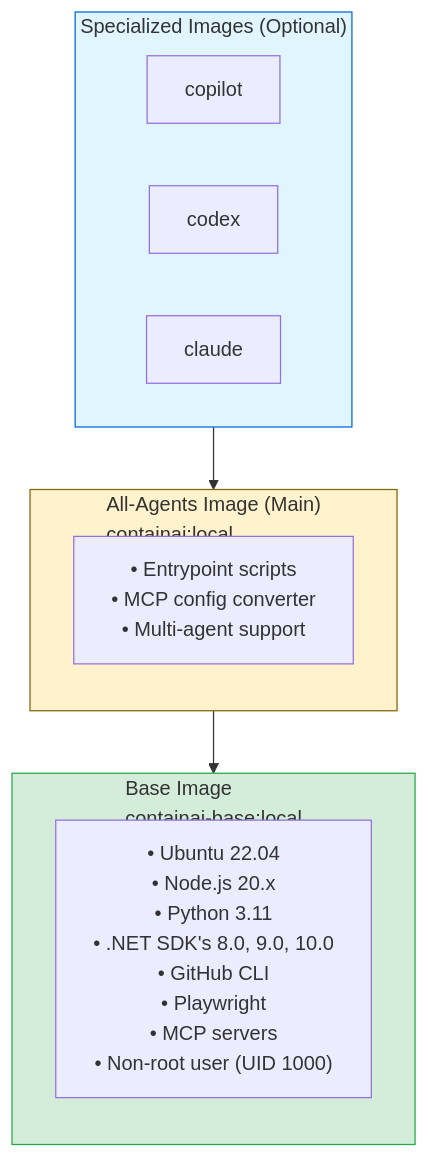
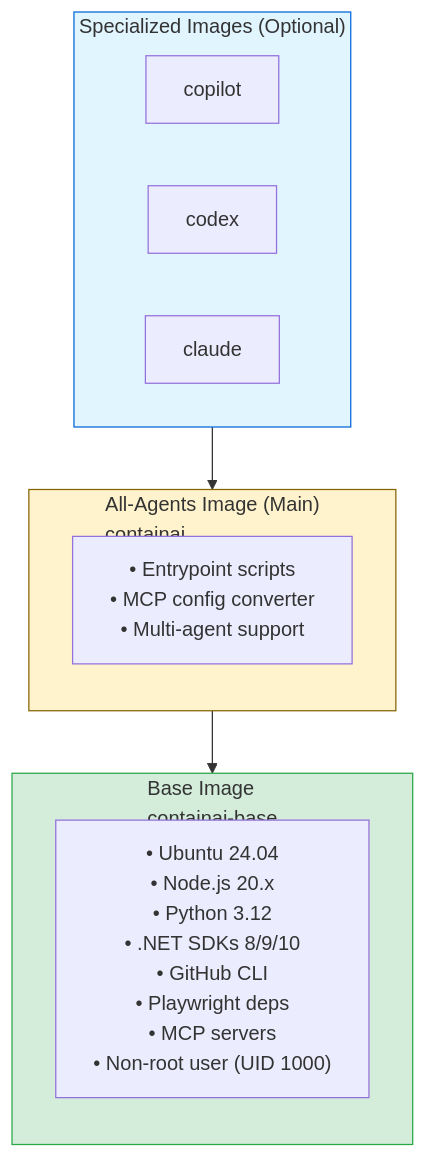
Before and after one commit to novotnyllc/ContainAI: the diagram in docs/build.md, drawn with Mermaid. The commit also changed other lines of this file and 13 other files, not shown here.

````diff
--- a/docs/build.md
+++ b/docs/build.md
@@ -42,25 +15,25 @@
 ```mermaid
 flowchart TB
     subgraph specialized["Specialized Images (Optional)"]
         copilot["copilot"]
         codex["codex"]
         claude["claude"]
     end
     
-    subgraph allagents["All-Agents Image (Main)<br/>containai:local"]
+    subgraph allagents["All-Agents Image (Main)<br/>containai"]
         direction TB
         all_content["• Entrypoint scripts<br/>• MCP config converter<br/>• Multi-agent support"]
     end
     
-    subgraph base["Base Image<br/>containai-base:local"]
+    subgraph base["Base Image<br/>containai-base"]
         direction TB
-        base_content["• Ubuntu 22.04<br/>• Node.js 20.x<br/>• Python 3.11<br/>• .NET SDK's 8.0, 9.0, 10.0<br/>• GitHub CLI<br/>• Playwright<br/>• MCP servers<br/>• Non-root user (UID 1000)"]
+        base_content["• Ubuntu 24.04<br/>• Node.js 20.x<br/>• Python 3.12<br/>• .NET SDKs 8/9/10<br/>• GitHub CLI<br/>• Playwright deps<br/>• MCP servers<br/>• Non-root user (UID 1000)"]
     end
     
     specialized --> allagents
     allagents --> base
     
     style specialized fill:#e1f5ff,stroke:#0366d6
     style allagents fill:#fff3cd,stroke:#856404
     style base fill:#d4edda,stroke:#28a745
 ```
````
